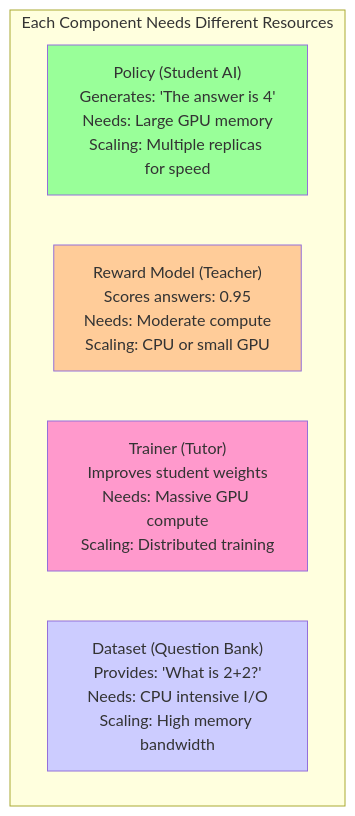
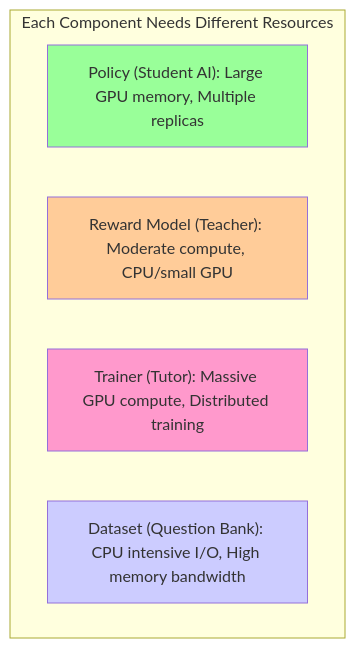
Before and after one commit to meta-pytorch/torchforge: the third of 4 diagrams in docs/Tutorials/1_RL_and_Forge_Fundamentals.MD, drawn with Mermaid. The commit also changed other lines of this file and 2 other files, not shown here.

````diff
--- a/docs/Tutorials/1_RL_and_Forge_Fundamentals.MD
+++ b/docs/Tutorials/1_RL_and_Forge_Fundamentals.MD
@@ -163,17 +163,17 @@
 ```mermaid
 graph TD
     subgraph Components["Each Component Needs Different Resources"]
-        Policy["Policy (Student AI)<br/>Generates: 'The answer is 4'<br/>Needs: Large GPU memory<br/>Scaling: Multiple replicas for speed"]
+        Policy["Policy (Student AI): Large GPU memory, Multiple replicas"]
         
-        Reward["Reward Model (Teacher)<br/>Scores answers: 0.95<br/>Needs: Moderate compute<br/>Scaling: CPU or small GPU"]
+        Reward["Reward Model (Teacher): Moderate compute, CPU/small GPU"]
         
-        Trainer["Trainer (Tutor)<br/>Improves student weights<br/>Needs: Massive GPU compute<br/>Scaling: Distributed training"]
+        Trainer["Trainer (Tutor): Massive GPU compute, Distributed training"]
         
-        Dataset["Dataset (Question Bank)<br/>Provides: 'What is 2+2?'<br/>Needs: CPU intensive I/O<br/>Scaling: High memory bandwidth"]
+        Dataset["Dataset (Question Bank): CPU intensive I/O, High memory bandwidth"]
     end
     
     style Policy fill:#99ff99
     style Reward fill:#ffcc99
     style Trainer fill:#ff99cc
     style Dataset fill:#ccccff
 ```
````
